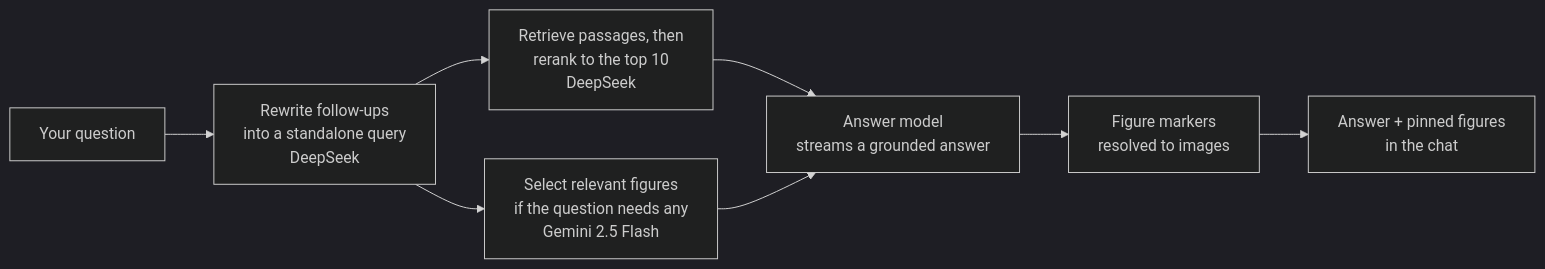
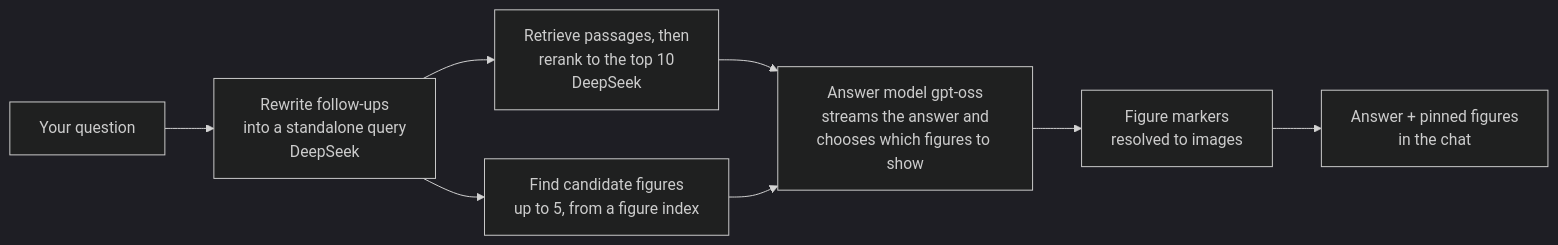
Before and after one commit to sumithaManoharan/kestrel-rag-advisor: the diagram in README.md, drawn with Mermaid (dark theme). The commit also changed other lines of this file, not shown here.

````diff
--- a/README.md
+++ b/README.md
@@ -19,10 +26,10 @@
 ```mermaid
 flowchart LR
     Q[Your question] --> R[Rewrite follow-ups<br/>into a standalone query<br/>DeepSeek]
     R --> S[Retrieve passages, then<br/>rerank to the top 10<br/>DeepSeek]
-    R --> F[Select relevant figures<br/>if the question needs any<br/>Gemini 2.5 Flash]
-    S --> A[Answer model<br/>streams a grounded answer]
+    R --> F[Find candidate figures<br/>up to 5, from a figure index]
+    S --> A[Answer model gpt-oss<br/>streams the answer and<br/>chooses which figures to show]
     F --> A
     A --> M[Figure markers<br/>resolved to images]
     M --> U[Answer + pinned figures<br/>in the chat]
 ```
````
